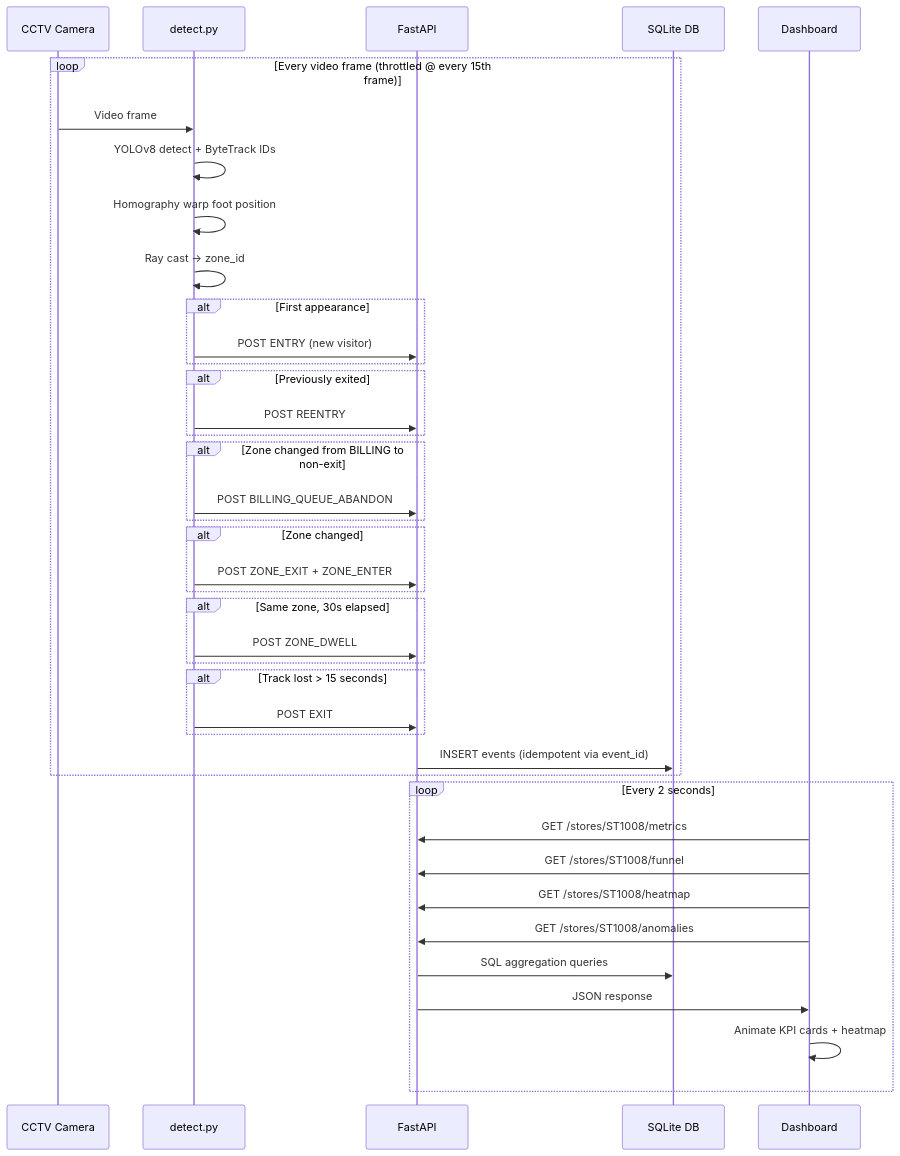
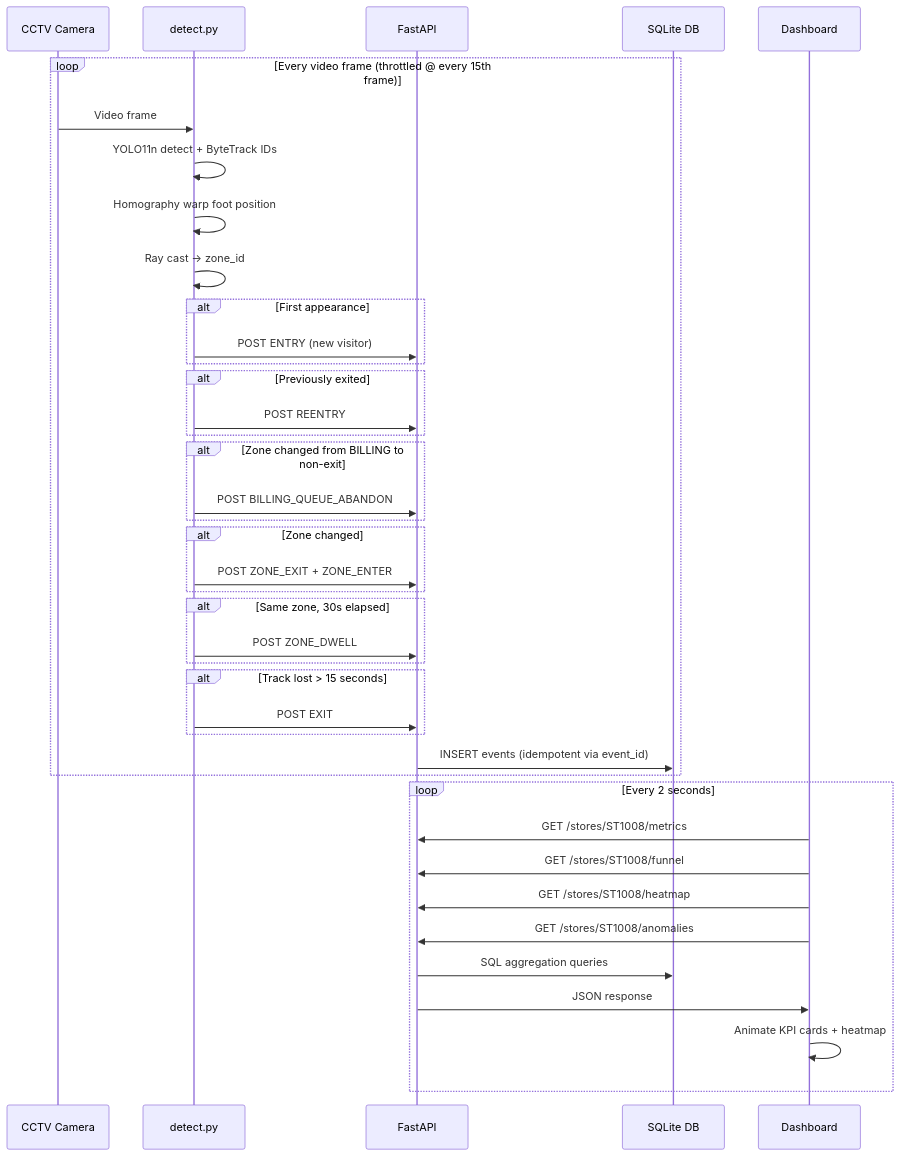
One commit to Keshabkjha/purplle-retail-intelligence changed the second of 3 diagrams in docs/DESIGN.md. Above: the diagram before and after it, drawn with Mermaid. The commit also changed other lines of this file and 3 other files, not shown here.

First line of the commit message:
feat: upgrade detection model from YOLOv8n to YOLO11n

````diff
--- a/docs/DESIGN.md
+++ b/docs/DESIGN.md
@@ -57,46 +57,46 @@
 ```mermaid
 sequenceDiagram
     participant CAM as CCTV Camera
     participant DET as detect.py
     participant API as FastAPI
     participant DB as SQLite DB
     participant DASH as Dashboard
 
     loop Every video frame (throttled @ every 15th frame)
         CAM->>DET: Video frame
-        DET->>DET: YOLOv8 detect + ByteTrack IDs
+        DET->>DET: YOLO11n detect + ByteTrack IDs
         DET->>DET: Homography warp foot position
         DET->>DET: Ray cast → zone_id
 
         alt First appearance
             DET->>API: POST ENTRY (new visitor)
         end
         alt Previously exited
             DET->>API: POST REENTRY
         end
         alt Zone changed from BILLING to non-exit
             DET->>API: POST BILLING_QUEUE_ABANDON
         end
         alt Zone changed
             DET->>API: POST ZONE_EXIT + ZONE_ENTER
         end
         alt Same zone, 30s elapsed
             DET->>API: POST ZONE_DWELL
         end
         alt Track lost > 15 seconds
             DET->>API: POST EXIT
         end
 
         API->>DB: INSERT events (idempotent via event_id)
     end
 
     loop Every 2 seconds
         DASH->>API: GET /stores/ST1008/metrics
         DASH->>API: GET /stores/ST1008/funnel
         DASH->>API: GET /stores/ST1008/heatmap
         DASH->>API: GET /stores/ST1008/anomalies
         API->>DB: SQL aggregation queries
         API->>DASH: JSON response
         DASH->>DASH: Animate KPI cards + heatmap
     end
 ```
````
